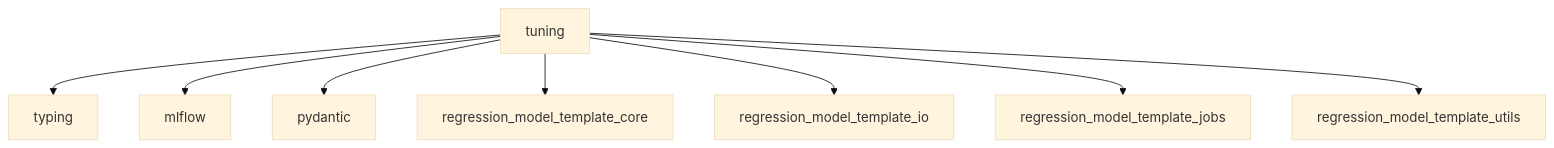
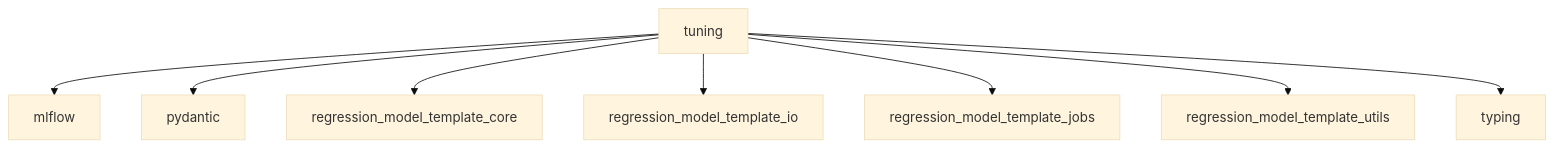
One commit to lgcorzo/mlops-python-package changed the second of 2 diagrams in wiki/tuning.md. Above: the diagram before and after it, drawn with Mermaid (base theme). The commit also changed other lines of this file and 31 other files, not shown here.

````diff
--- a/wiki/tuning.md
+++ b/wiki/tuning.md
@@ -31,10 +31,11 @@
 ```mermaid
 flowchart TD
-    tuning --> typing
+
     tuning --> mlflow
     tuning --> pydantic
     tuning --> regression_model_template_core
     tuning --> regression_model_template_io
     tuning --> regression_model_template_jobs
     tuning --> regression_model_template_utils
+    tuning --> typing
 ```
````
